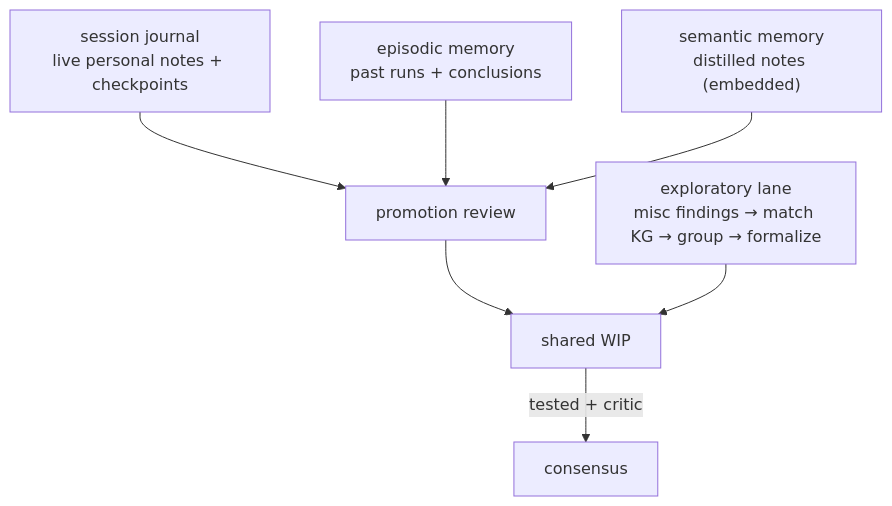
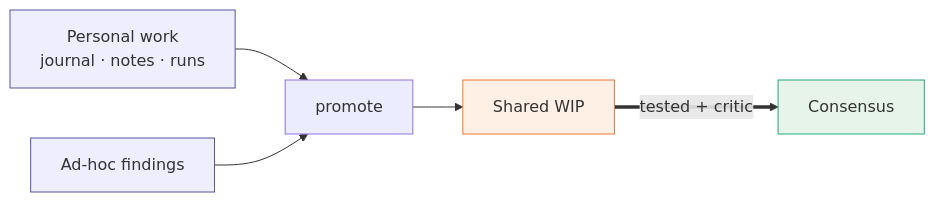
The sixth of 11 diagrams in docs/architecture-overview.md (jamisonhburks/lab_tracker), drawn with Mermaid before and after one commit. The commit also changed other lines of this file and 23 other files, not shown here.

First line of the commit message:
docs: simplify slide diagrams — short glanceable labels (#69)

````diff
--- a/docs/architecture-overview.md
+++ b/docs/architecture-overview.md
@@ -145,8 +148,10 @@
 ```mermaid
-flowchart TB
-  J["session journal<br/>live personal notes + checkpoints"] --> PROM["promotion review"]
-  EP["episodic memory<br/>past runs + conclusions"] & SEM["semantic memory<br/>distilled notes (embedded)"] --> PROM
-  PROM --> WIP2["shared WIP"]
-  MISC["exploratory lane<br/>misc findings → match KG → group → formalize"] --> WIP2
-  WIP2 -->|"tested + critic"| CONS2["consensus"]
+flowchart LR
+  PERS["Personal work<br/>journal · notes · runs"]:::p --> PROM["promote"]
+  MISC["Ad-hoc findings"]:::p --> PROM
+  PROM --> WIP2["Shared WIP"]:::w
+  WIP2 ==>|"tested + critic"| CONS2["Consensus"]:::c
+  classDef p fill:#eef,stroke:#55a;
+  classDef w fill:#fff0e6,stroke:#e73;
+  classDef c fill:#e6f4ea,stroke:#2a7;
 ```
````
